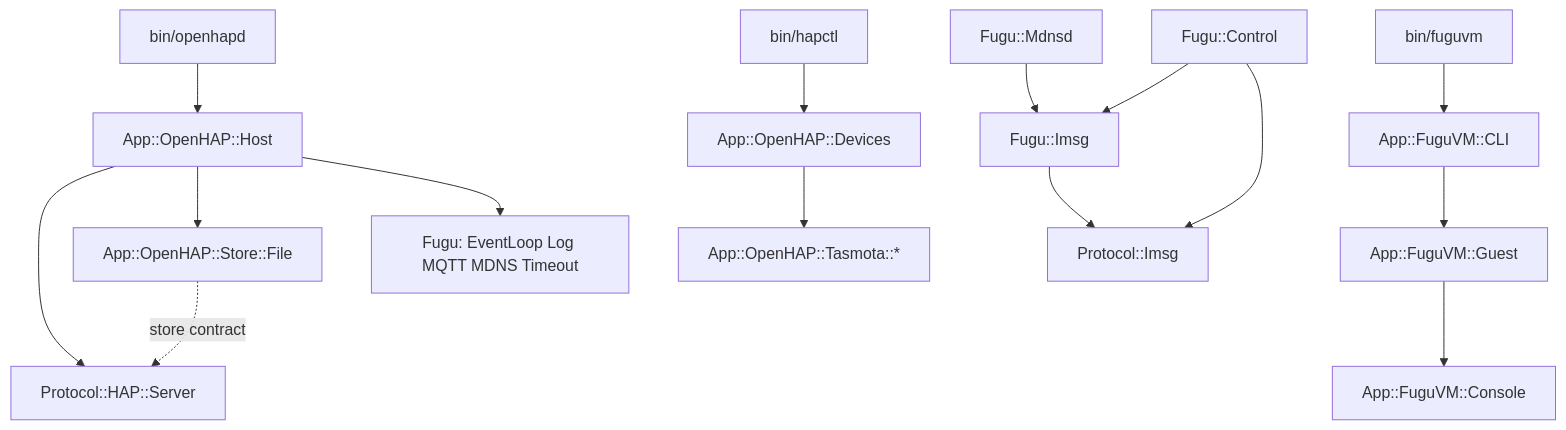
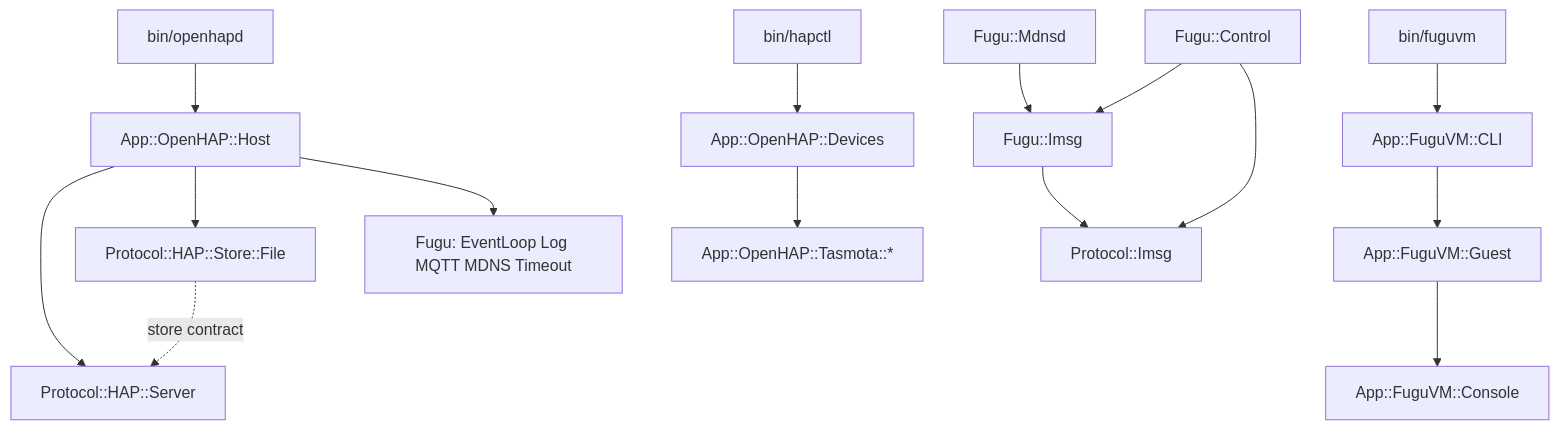
One commit to dickolsson/OpenHAP changed the diagram in plans/008-cpan-namespaces/design.md. Above: the diagram before and after it, drawn with Mermaid. The commit also changed other lines of this file and 2 other files, not shown here.

First line of the commit message:
docs(protocol): resolve trade-off 3 of plan 008

````diff
--- a/plans/008-cpan-namespaces/design.md
+++ b/plans/008-cpan-namespaces/design.md
@@ -213,14 +251,14 @@
 ```mermaid
 graph TD
     openhapd[bin/openhapd] --> H[App::OpenHAP::Host]
     hapctl[bin/hapctl] --> D[App::OpenHAP::Devices]
     fuguvm[bin/fuguvm] --> VC[App::FuguVM::CLI] --> G[App::FuguVM::Guest]
     G --> I[App::FuguVM::Console]
     H --> PS[Protocol::HAP::Server]
-    H --> SF[App::OpenHAP::Store::File] -. store contract .-> PS
+    H --> SF[Protocol::HAP::Store::File] -. store contract .-> PS
     H --> FH[Fugu: EventLoop Log MQTT MDNS Timeout]
     D --> TAS[App::OpenHAP::Tasmota::*]
     FM[Fugu::Mdnsd] --> FI[Fugu::Imsg] --> PI[Protocol::Imsg]
     FC[Fugu::Control] --> FI
     FC --> PI
 ```
````
